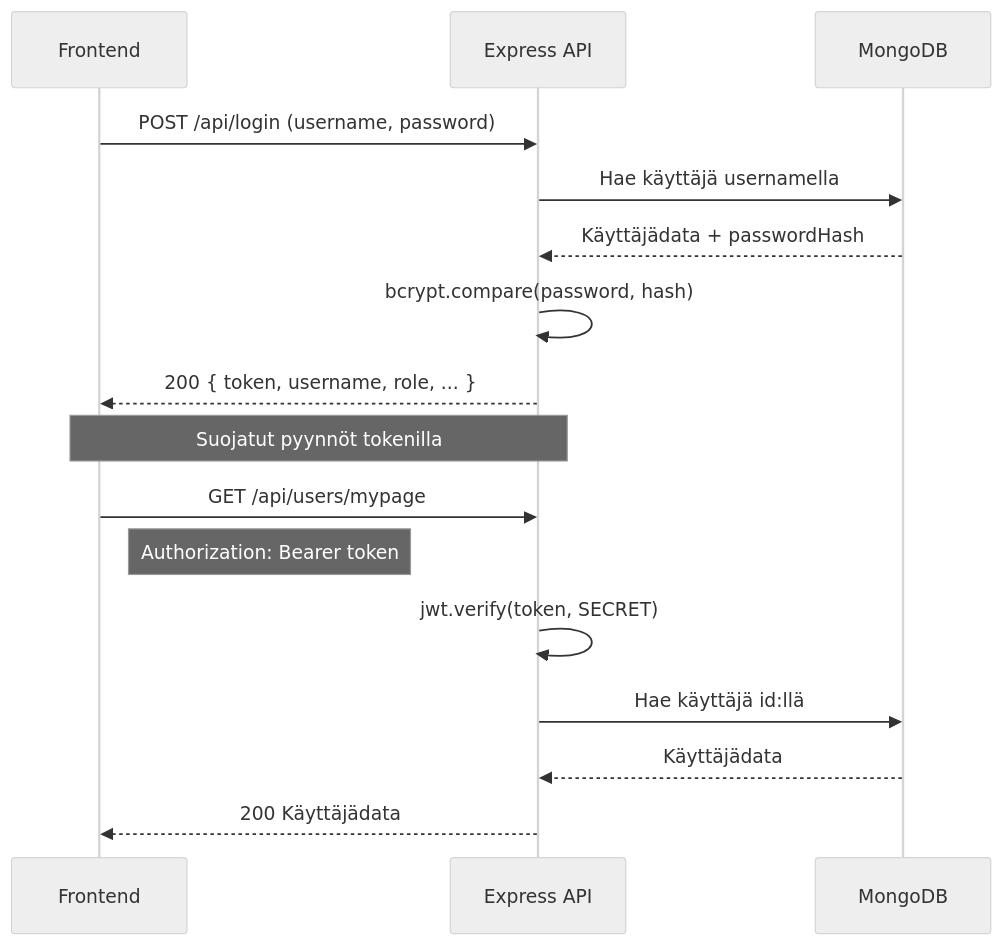
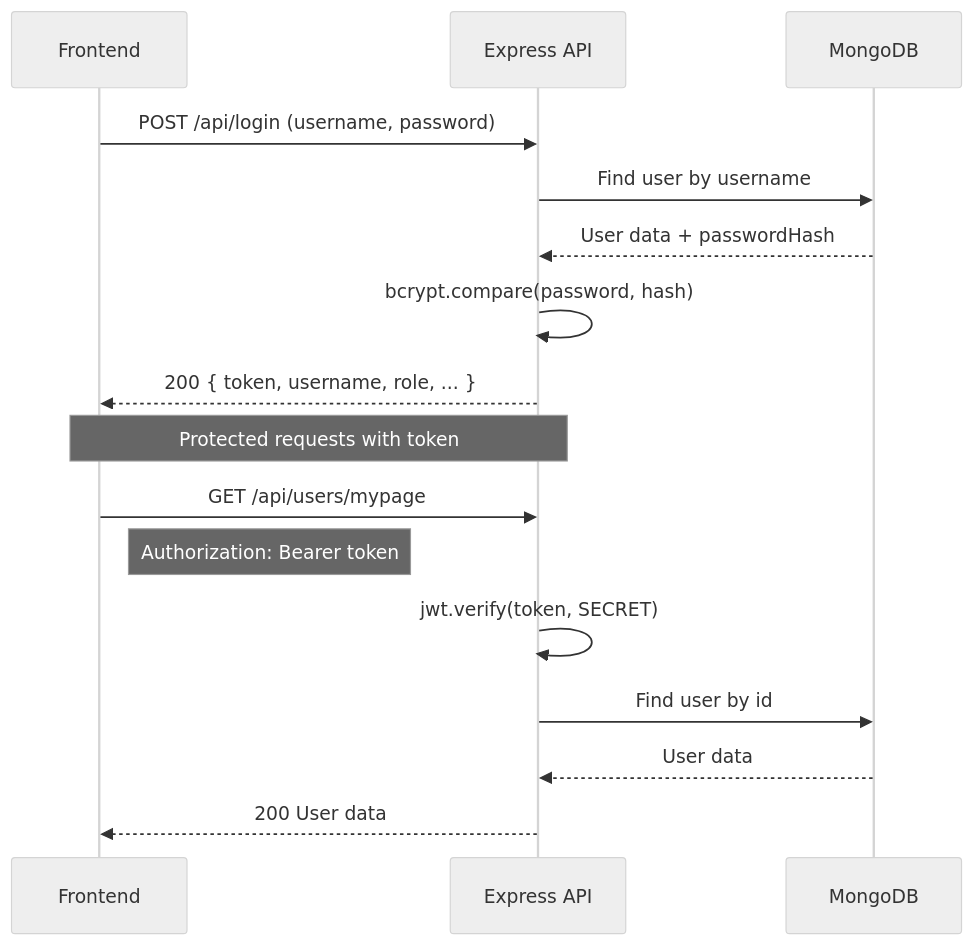
One commit to vsvala/Art_Club_back changed the fourth of 5 diagrams in README.md. Above: the diagram before and after it, drawn with Mermaid (neutral theme). The commit also changed other lines of this file and 1 other file, not shown here.

````diff
--- a/README.md
+++ b/README.md
@@ -147,21 +148,21 @@
 ```mermaid
 sequenceDiagram
     participant Client as Frontend
     participant API as Express API
     participant DB as MongoDB
 
     Client->>API: POST /api/login (username, password)
-    API->>DB: Hae käyttäjä usernamella
-    DB-->>API: Käyttäjädata + passwordHash
+    API->>DB: Find user by username
+    DB-->>API: User data + passwordHash
     API->>API: bcrypt.compare(password, hash)
     API-->>Client: 200 { token, username, role, ... }
 
-    Note over Client,API: Suojatut pyynnöt tokenilla
+    Note over Client,API: Protected requests with token
 
     Client->>API: GET /api/users/mypage
     Note right of Client: Authorization: Bearer token
     API->>API: jwt.verify(token, SECRET)
-    API->>DB: Hae käyttäjä id:llä
-    DB-->>API: Käyttäjädata
-    API-->>Client: 200 Käyttäjädata
+    API->>DB: Find user by id
+    DB-->>API: User data
+    API-->>Client: 200 User data
 ```
````
